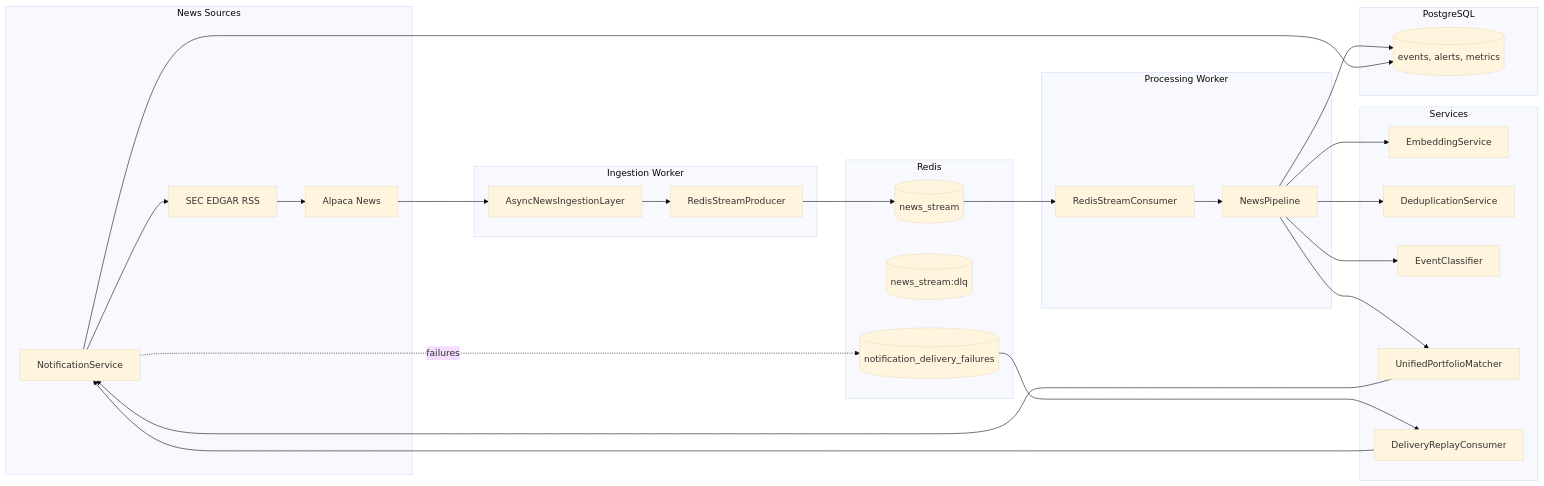
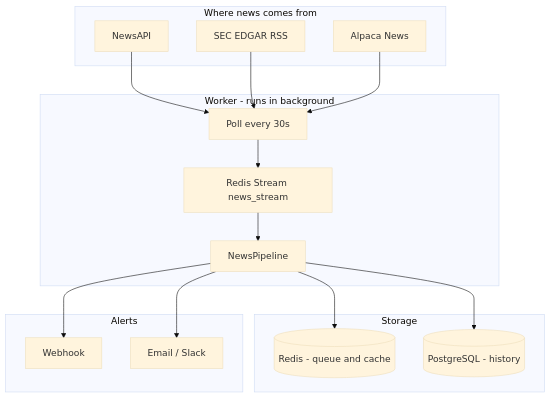
One commit to dhanushkonduru/franklin-templeton-prep changed the diagram in news-alert-system/README.md. Above: the diagram before and after it, drawn with Mermaid (base theme). The commit also changed other lines of this file, not shown here.

Commit message:
Real-Time News + Filing Alert System

````diff
--- a/news-alert-system/README.md
+++ b/news-alert-system/README.md
@@ -9,52 +106,34 @@
 ```mermaid
-flowchart LR
-    subgraph sources [News Sources]
-        N[NewsAPI]
-        S[SEC EDGAR RSS]
-        A[Alpaca News]
+flowchart TB
+    subgraph sources [Where news comes from]
+        A[NewsAPI]
+        B[SEC EDGAR RSS]
+        C[Alpaca News]
     end
 
-    subgraph ingest [Ingestion Worker]
-        IL[AsyncNewsIngestionLayer]
-        P[RedisStreamProducer]
+    subgraph worker [Worker - runs in background]
+        D[Poll every 30s]
+        E[Redis Stream news_stream]
+        F[NewsPipeline]
     end
 
-    subgraph redis [Redis]
-        ST[(news_stream)]
-        DLQ[(news_stream:dlq)]
-        DF[(notification_delivery_failures)]
+    subgraph storage [Storage]
+        G[(Redis - queue and cache)]
+        H[(PostgreSQL - history)]
     end
 
-    subgraph process [Processing Worker]
-        C[RedisStreamConsumer]
-        PL[NewsPipeline]
+    subgraph alert [Alerts]
+        I[Webhook]
+        J[Email / Slack]
     end
 
-    subgraph services [Services]
-        E[EmbeddingService]
-        D[DeduplicationService]
-        CL[EventClassifier]
-        M[UnifiedPortfolioMatcher]
-        N[NotificationService]
-        R[DeliveryReplayConsumer]
-    end
-
-    subgraph pg [PostgreSQL]
-        DB[(events, alerts, metrics)]
-    end
-
-    N --> S
-    S --> A
-    A --> IL --> P --> ST
-    ST --> C --> PL
-    PL --> E
-    PL --> D
-    PL --> CL
-    PL --> M
-    PL --> DB
-    M --> N
-    N --> DB
-    N -.failures.-> DF
-    DF --> R
-    R --> N
+    A --> D
+    B --> D
+    C --> D
+    D --> E
+    E --> F
+    F --> G
+    F --> H
+    F --> I
+    F --> J
 ```
````
